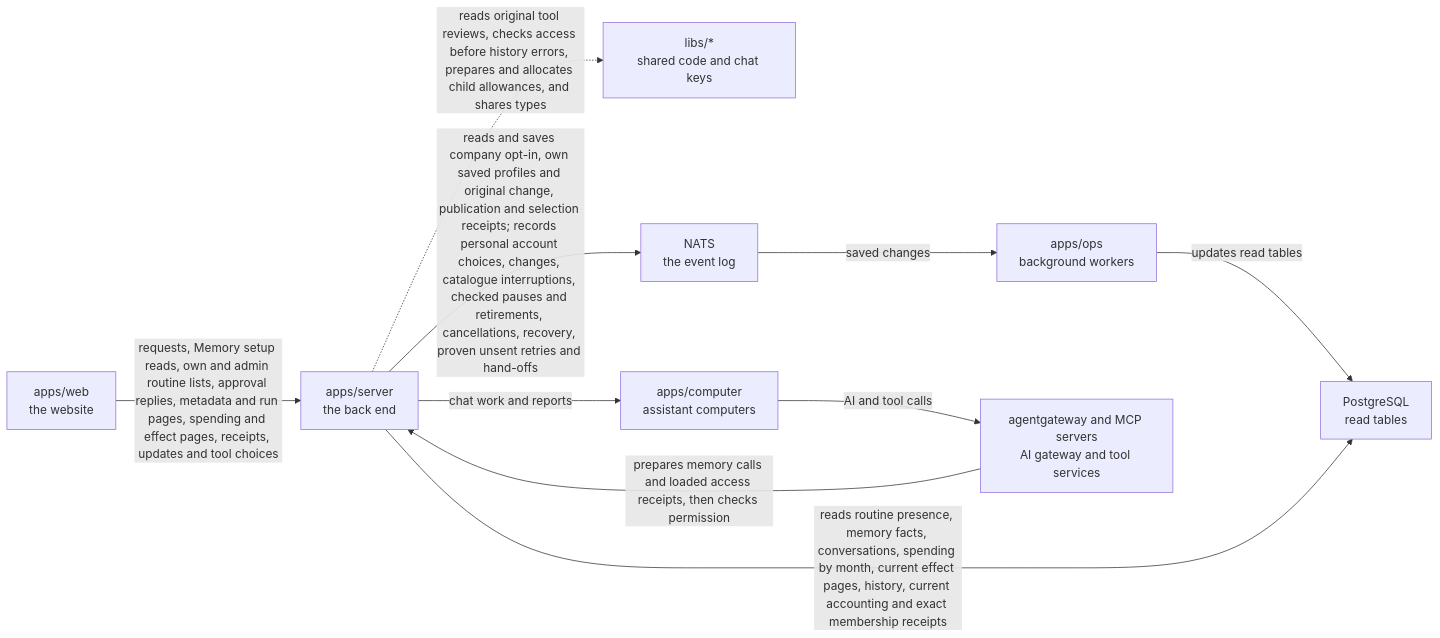
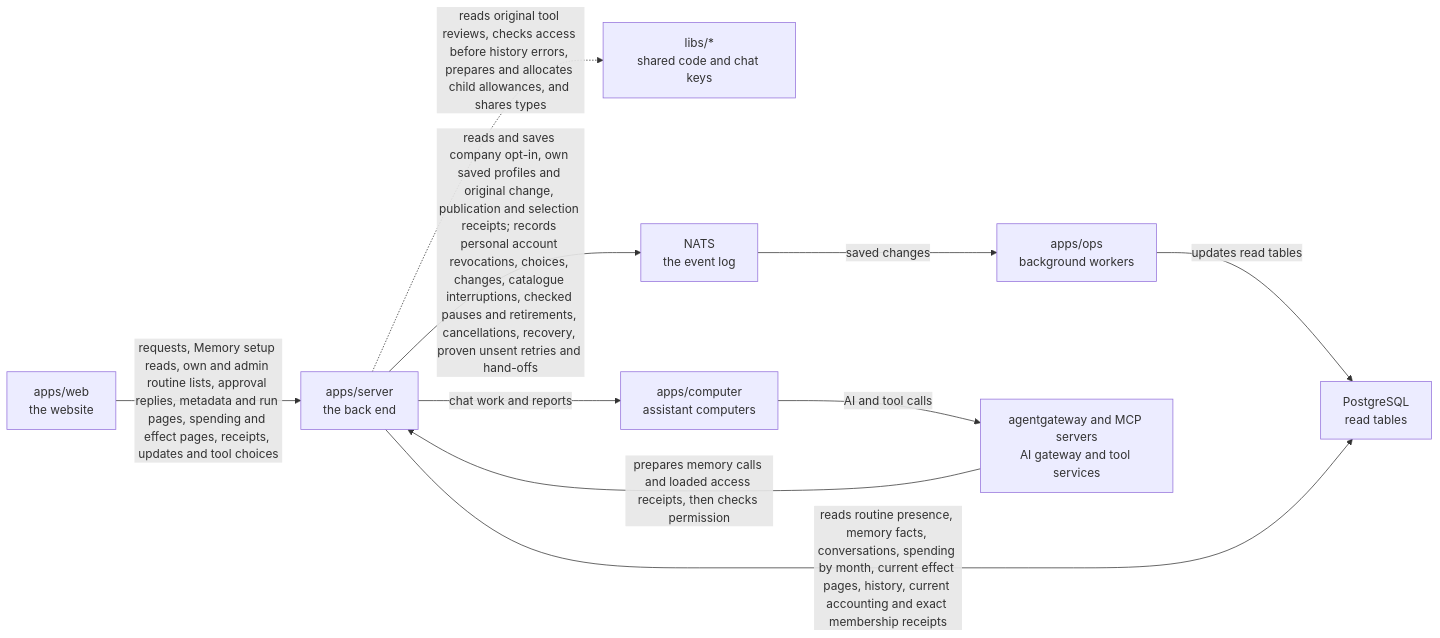
The diagram in apps/server/README.md (elewa-git/opencrane-new), drawn with Mermaid before and after one commit. The commit also changed other lines of this file and 8 other files, not shown here.

Commit message:
🔒 Let members revoke their own saved personal accounts

````diff
--- a/apps/server/README.md
+++ b/apps/server/README.md
@@ -73,12 +73,12 @@
 ```mermaid
 flowchart LR
   web["apps/web<br/>the website"] -->|requests, Memory setup reads, own and admin routine lists, approval replies, metadata and run pages, spending and effect pages, receipts, updates and tool choices| server["apps/server<br/>the back end"]
   server -.->|reads original tool reviews, checks access before history errors, prepares and allocates child allowances, and shares types| libs["libs/*<br/>shared code and chat keys"]
-  server -->|reads and saves company opt-in, own saved profiles and original change, publication and selection receipts; records personal account choices, changes, catalogue interruptions, checked pauses and retirements, cancellations, recovery, proven unsent retries and hand-offs| nats["NATS<br/>the event log"]
+  server -->|reads and saves company opt-in, own saved profiles and original change, publication and selection receipts; records personal account revocations, choices, changes, catalogue interruptions, checked pauses and retirements, cancellations, recovery, proven unsent retries and hand-offs| nats["NATS<br/>the event log"]
   nats -->|saved changes| ops["apps/ops<br/>background workers"]
   ops -->|updates read tables| postgres["PostgreSQL<br/>read tables"]
   server -->|reads routine presence, memory facts, conversations, spending by month, current effect pages, history, current accounting and exact membership receipts| postgres
   server -->|chat work and reports| computer["apps/computer<br/>assistant computers"]
   computer -->|AI and tool calls| runtime["agentgateway and MCP servers<br/>AI gateway and tool services"]
   runtime -->|prepares memory calls and loaded access receipts, then checks permission| server
 ```
````
